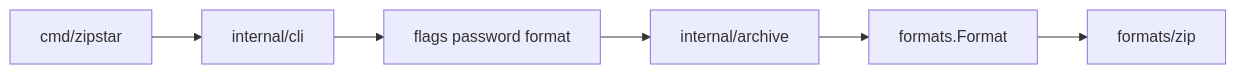
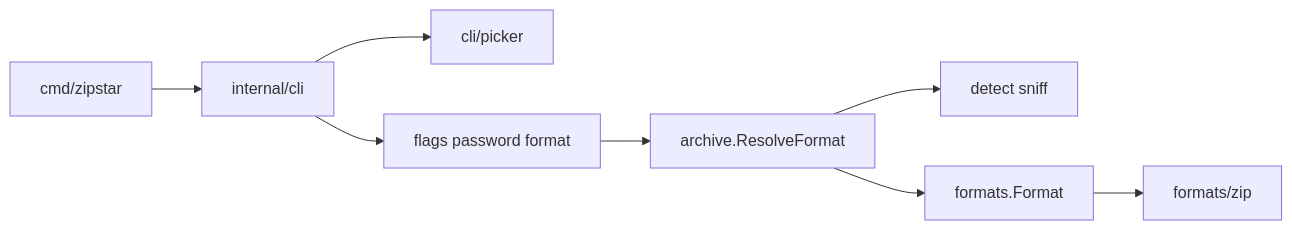
The first of 2 diagrams in docs/ARCHITECTURE.md (fr13dman/zipstar), drawn with Mermaid before and after one commit. The commit also changed other lines of this file and 26 other files, not shown here.

First line of the commit message:
Add interactive CLI enhancements: path picker, sniff, masked passwords.

````diff
--- a/docs/ARCHITECTURE.md
+++ b/docs/ARCHITECTURE.md
@@ -17,8 +34,10 @@
 ```mermaid
 flowchart LR
   main[cmd/zipstar] --> cli[internal/cli]
+  cli --> picker[cli/picker]
   cli --> validate[flags password format]
-  validate --> paths[internal/archive]
-  paths --> fmt[formats.Format]
+  validate --> resolve[archive.ResolveFormat]
+  resolve --> detect[detect sniff]
+  resolve --> fmt[formats.Format]
   fmt --> zip[formats/zip]
 ```
````
